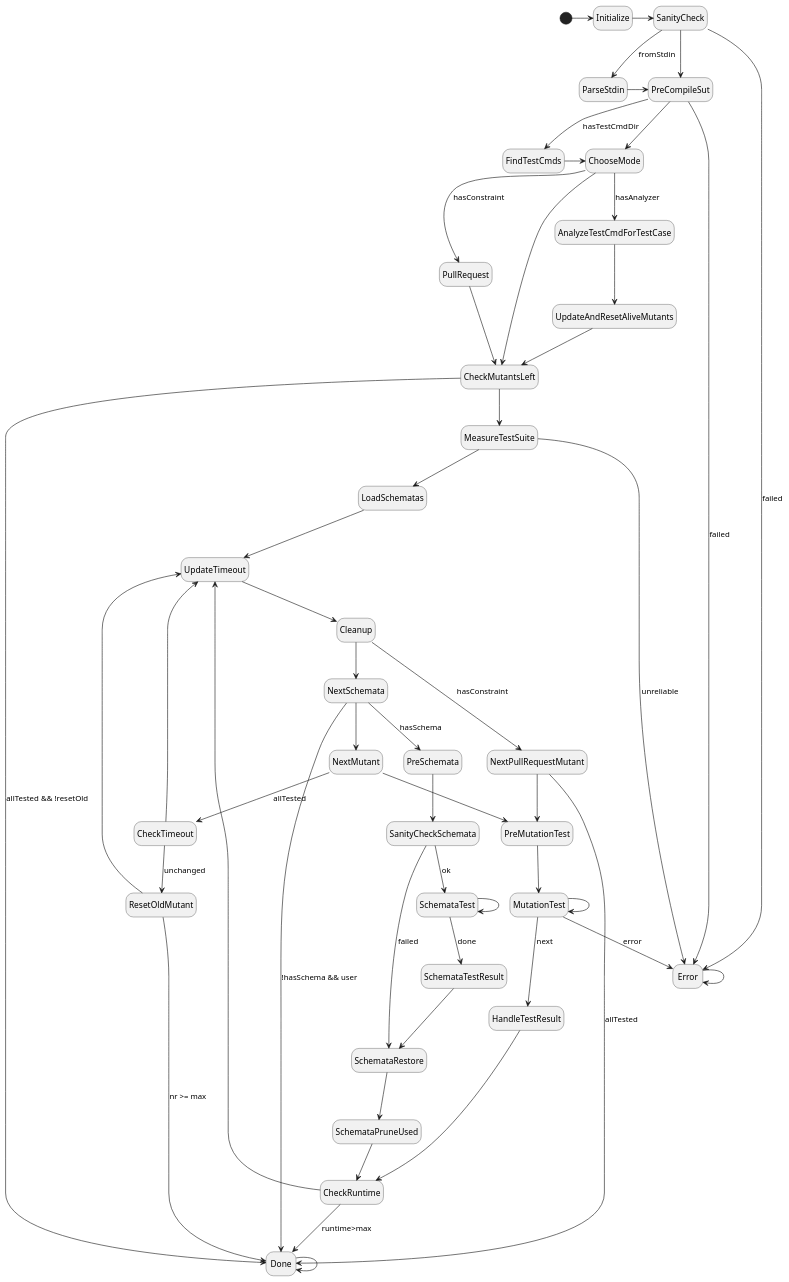
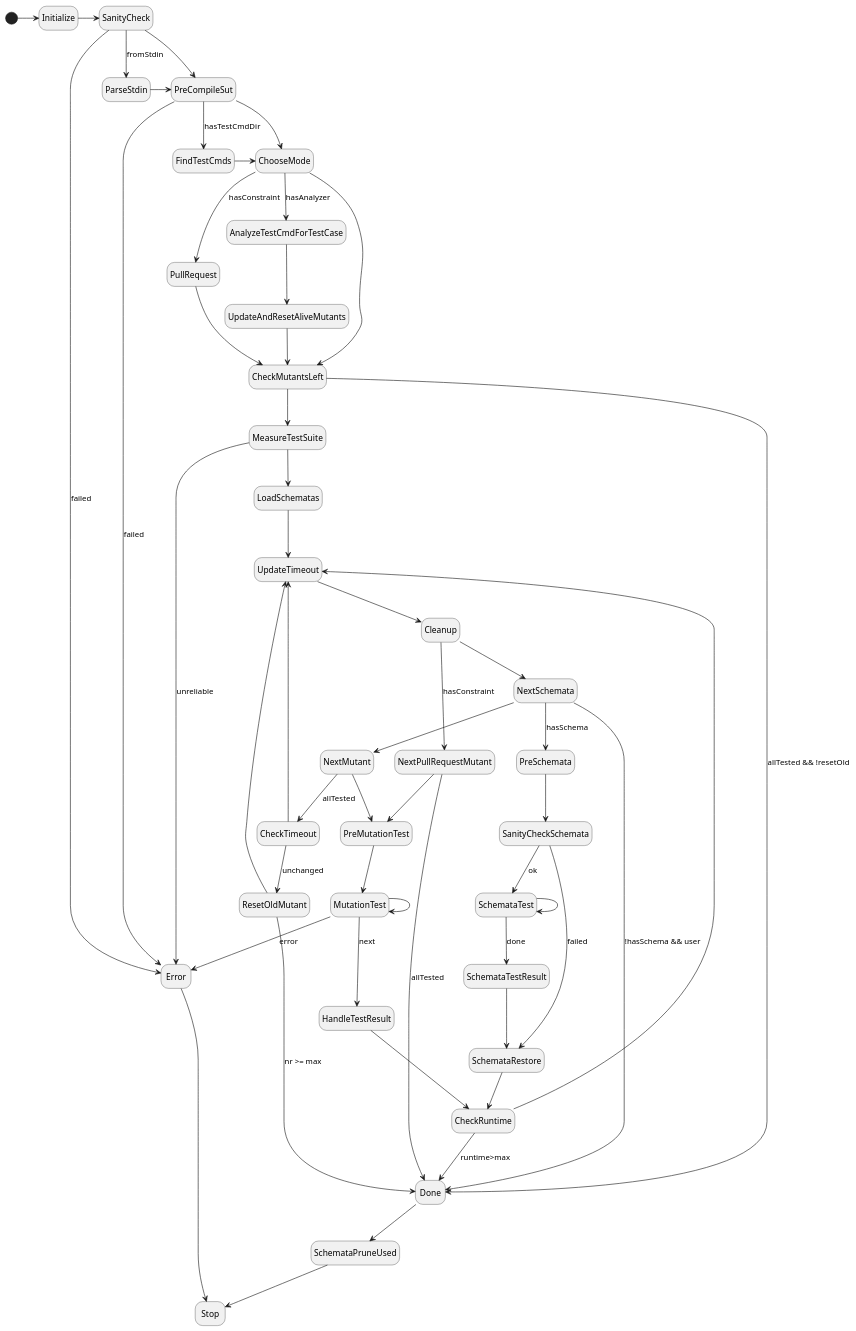
Before and after one commit to joakim-brannstrom/dextool: the diagram in plugin/mutate/doc/design/figures/test_mutant_fsm.pu, drawn with PlantUML. The commit also changed 3 other files, not shown here.

First line of the commit message:
mutate: remove used schematan to reduce the size of the database over

```diff
--- a/plugin/mutate/doc/design/figures/test_mutant_fsm.pu
+++ b/plugin/mutate/doc/design/figures/test_mutant_fsm.pu
@@ -1,79 +1,79 @@
 @startuml
 hide empty description
 
 [*] -> Initialize
 
 Initialize -> SanityCheck
 
 SanityCheck --> Error : failed
 SanityCheck --> ParseStdin : fromStdin
 SanityCheck -> PreCompileSut
 
 ParseStdin -> PreCompileSut
 
 PreCompileSut --> Error : failed
 PreCompileSut --> FindTestCmds : hasTestCmdDir
 PreCompileSut --> ChooseMode
 
 FindTestCmds -> ChooseMode
 
 ChooseMode --> AnalyzeTestCmdForTestCase : hasAnalyzer
 ChooseMode --> PullRequest : hasConstraint
 ChooseMode --> CheckMutantsLeft
 
 PullRequest -> CheckMutantsLeft
 
 AnalyzeTestCmdForTestCase --> UpdateAndResetAliveMutants
 
 UpdateAndResetAliveMutants --> CheckMutantsLeft
 
 UpdateTimeout --> Cleanup
 
 Cleanup --> NextSchemata
 Cleanup --> NextPullRequestMutant : hasConstraint
 
 CheckMutantsLeft --> Done : allTested && !resetOld
 CheckMutantsLeft --> MeasureTestSuite
 
 MeasureTestSuite --> Error : unreliable
 MeasureTestSuite --> LoadSchematas
 
 LoadSchematas --> UpdateTimeout
 
 CheckRuntime --> UpdateTimeout
 CheckRuntime --> Done : runtime>max
 
 NextPullRequestMutant --> PreMutationTest
 NextPullRequestMutant --> Done : allTested
 
 NextSchemata --> PreSchemata : hasSchema
 NextSchemata --> Done : !hasSchema && user
 NextSchemata --> NextMutant
 PreSchemata --> SanityCheckSchemata
 SanityCheckSchemata --> SchemataRestore : failed
 SanityCheckSchemata --> SchemataTest : ok
 SchemataTest --> SchemataTest
 SchemataTest --> SchemataTestResult : done
 SchemataTestResult --> SchemataRestore
-SchemataRestore --> SchemataPruneUsed
-SchemataPruneUsed --> CheckRuntime
+SchemataRestore --> CheckRuntime
 
 NextMutant --> CheckTimeout : allTested
 NextMutant --> PreMutationTest
 PreMutationTest --> MutationTest
 MutationTest --> HandleTestResult : next
 MutationTest --> Error : error
 MutationTest --> MutationTest
 
 HandleTestResult --> CheckRuntime
 
 CheckTimeout --> ResetOldMutant : unchanged
 CheckTimeout --> UpdateTimeout
 
 ResetOldMutant --> UpdateTimeout
 ResetOldMutant --> Done : nr >= max
 
-Done --> Done
+Done --> SchemataPruneUsed
+SchemataPruneUsed --> Stop
 
-Error --> Error
+Error --> Stop
 @enduml
```
